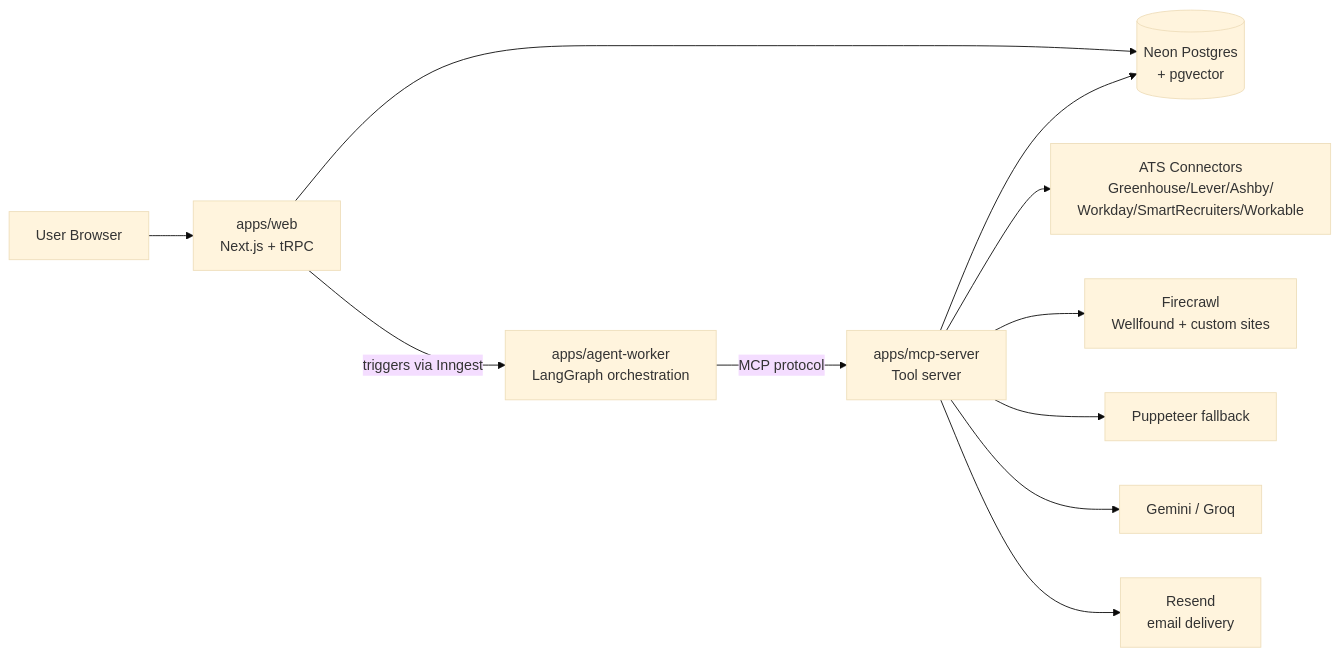
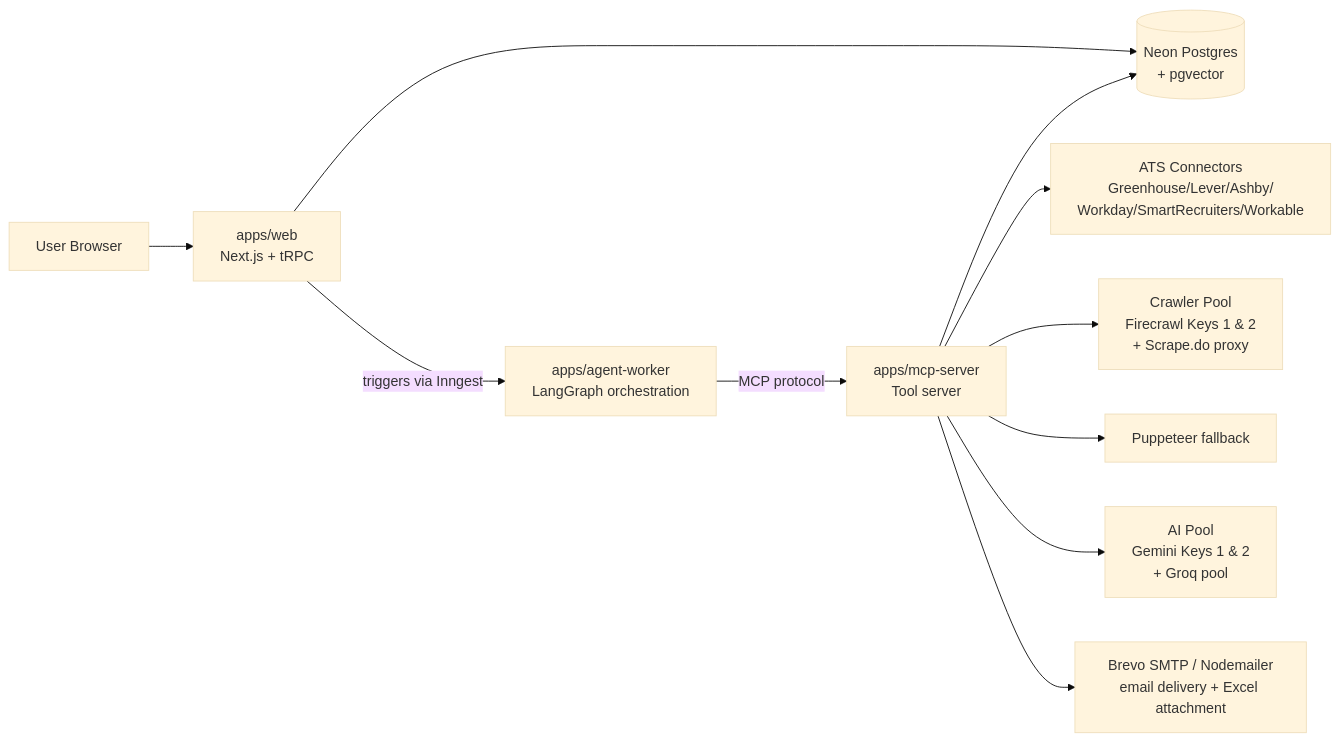
Before and after one commit to AdrishKarak/Job-intel: the first of 2 diagrams in docs/architecture/SYSTEM_ARCHITECTURE.md, drawn with Mermaid (base theme). The commit also changed other lines of this file and 17 other files, not shown here.

````diff
--- a/docs/architecture/SYSTEM_ARCHITECTURE.md
+++ b/docs/architecture/SYSTEM_ARCHITECTURE.md
@@ -5,13 +5,13 @@
 ```mermaid
 graph LR
     U[User Browser] --> WEB[apps/web<br/>Next.js + tRPC]
     WEB --> DB[(Neon Postgres<br/>+ pgvector)]
     WEB -- triggers via Inngest --> AGENT[apps/agent-worker<br/>LangGraph orchestration]
     AGENT -- MCP protocol --> MCP[apps/mcp-server<br/>Tool server]
     MCP --> DB
     MCP --> ATS[ATS Connectors<br/>Greenhouse/Lever/Ashby/<br/>Workday/SmartRecruiters/Workable]
-    MCP --> FC[Firecrawl<br/>Wellfound + custom sites]
+    MCP --> FC[Crawler Pool<br/>Firecrawl Keys 1 & 2<br/>+ Scrape.do proxy]
     MCP --> PUP[Puppeteer fallback]
-    MCP --> AI[Gemini / Groq]
-    MCP --> RESEND[Resend<br/>email delivery]
+    MCP --> AI[AI Pool<br/>Gemini Keys 1 & 2<br/>+ Groq pool]
+    MCP --> RESEND[Brevo SMTP / Nodemailer<br/>email delivery + Excel attachment]
 ```
````
